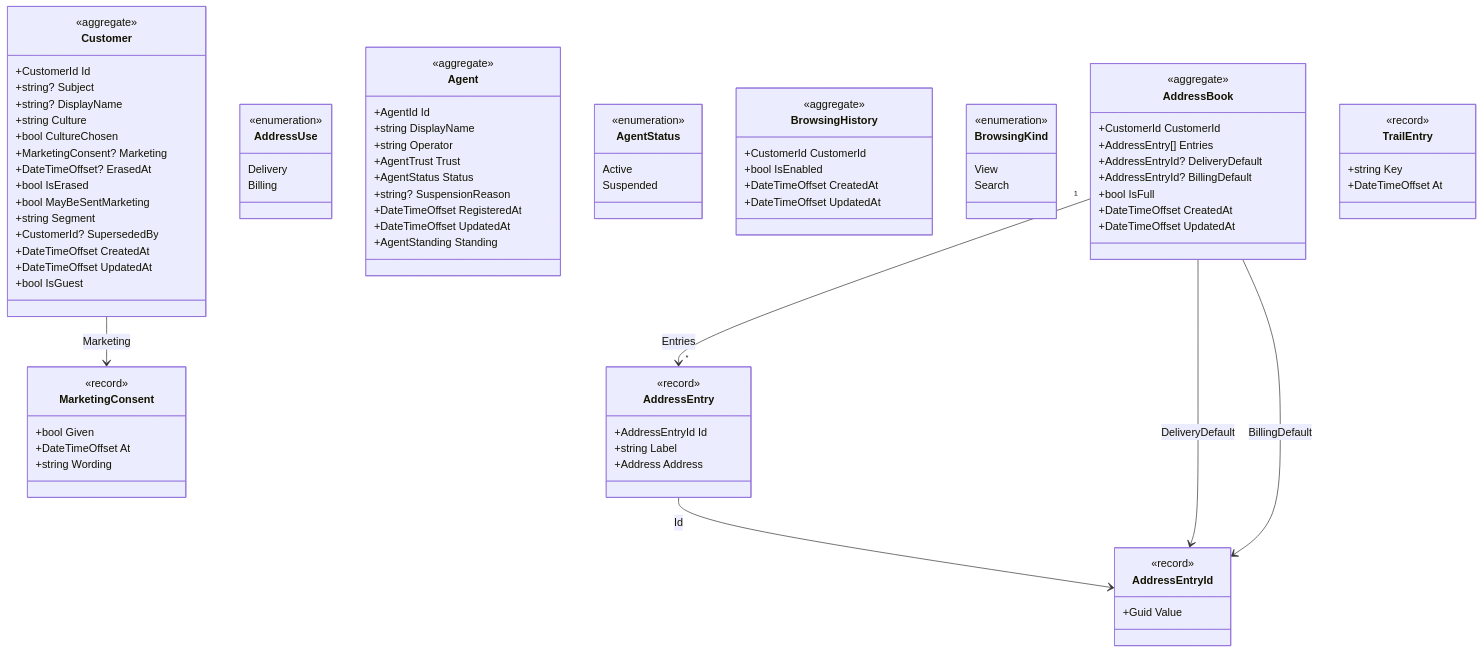
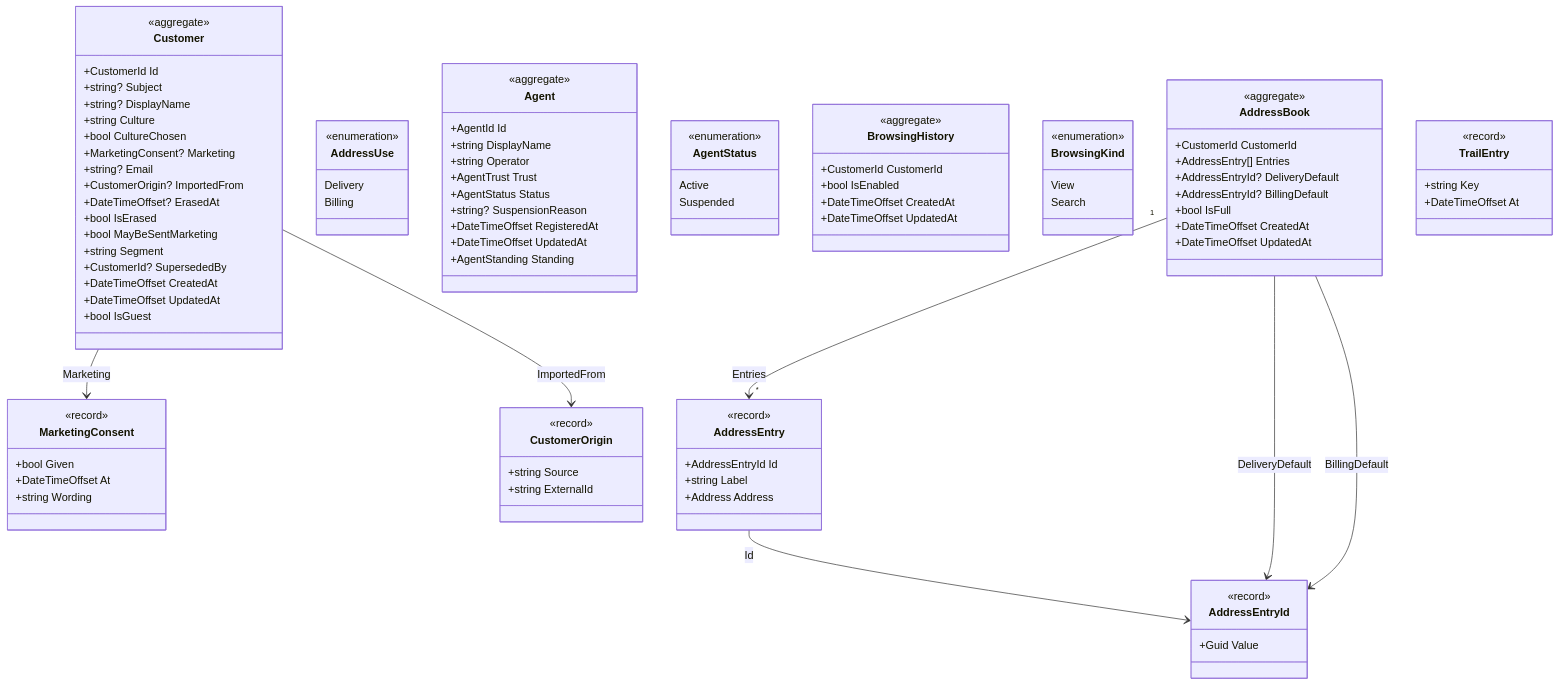
Diagram 11 of 17 in docs/domain-model.md (juanluelguerre/tendero), drawn with Mermaid before and after one commit. The commit also changed 47 other files, not shown here.

````diff
--- a/docs/domain-model.md
+++ b/docs/domain-model.md
@@ -973,6 +973,8 @@
         +string Culture
         +bool CultureChosen
         +MarketingConsent? Marketing
+        +string? Email
+        +CustomerOrigin? ImportedFrom
         +DateTimeOffset? ErasedAt
         +bool IsErased
         +bool MayBeSentMarketing
@@ -981,6 +983,11 @@
         +DateTimeOffset CreatedAt
         +DateTimeOffset UpdatedAt
         +bool IsGuest
+    }
+    class CustomerOrigin {
+        <<record>>
+        +string Source
+        +string ExternalId
     }
     class MarketingConsent {
         <<record>>
@@ -998,4 +1005,5 @@
     AddressBook --> AddressEntryId : BillingDefault
     AddressEntry --> AddressEntryId : Id
     Customer --> MarketingConsent : Marketing
+    Customer --> CustomerOrigin : ImportedFrom
 ```
````
